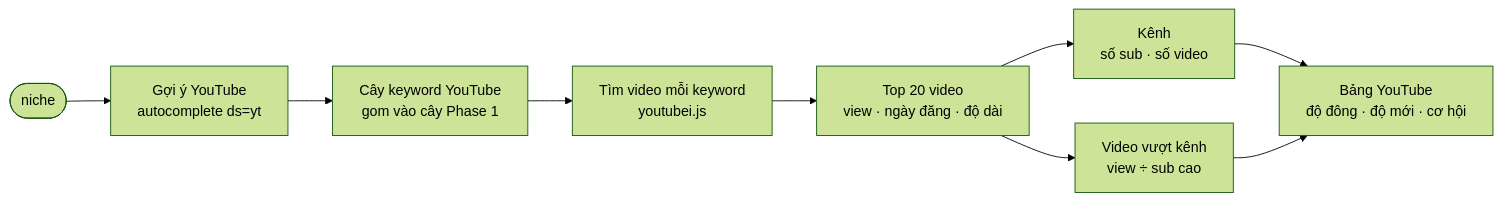
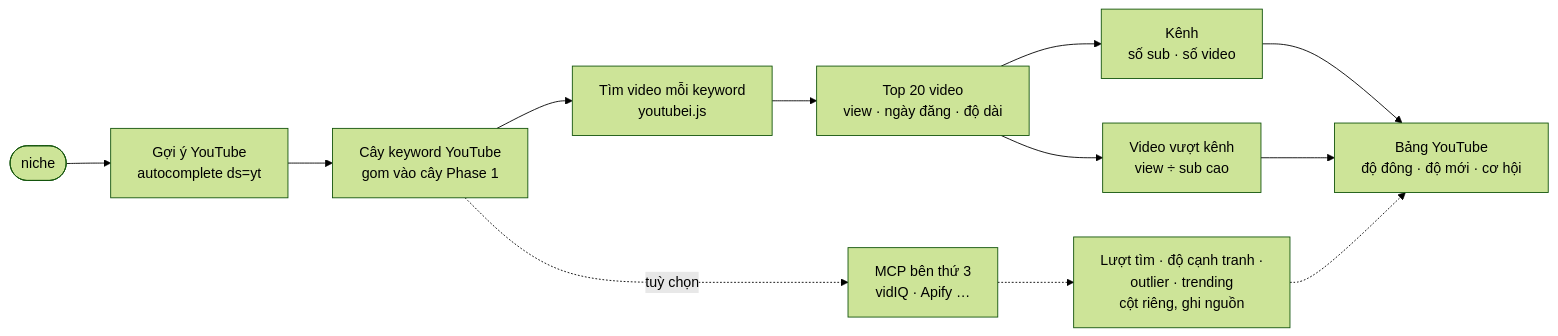
Before and after one commit to nvminhtu/niche-radar-docs: the diagram in docs/phase-12-youtube-search.md, drawn with Mermaid (forest theme). The commit also changed other lines of this file and 15 other files, not shown here.

Commit message:
docs: sync — plan Version 5–12, Phase 12 thêm MCP bên thứ 3 (vidIQ, Apify, YouTube Data API)

````diff
--- a/docs/phase-12-youtube-search.md
+++ b/docs/phase-12-youtube-search.md
@@ -10,10 +11,13 @@
 ```mermaid
 flowchart LR
   N([niche]) --> AC[Gợi ý YouTube<br/>autocomplete ds=yt]
   AC --> K[Cây keyword YouTube<br/>gom vào cây Phase 1]
   K --> S[Tìm video mỗi keyword<br/>youtubei.js]
   S --> V[Top 20 video<br/>view · ngày đăng · độ dài]
   V --> C[Kênh<br/>số sub · số video]
   V --> O[Video vượt kênh<br/>view ÷ sub cao]
   C & O --> T[Bảng YouTube<br/>độ đông · độ mới · cơ hội]
+  K -.tuỳ chọn.-> M[MCP bên thứ 3<br/>vidIQ · Apify …]
+  M -.-> MV[Lượt tìm · độ cạnh tranh ·<br/>outlier · trending<br/>cột riêng, ghi nguồn]
+  MV -.-> T
 ```
````
